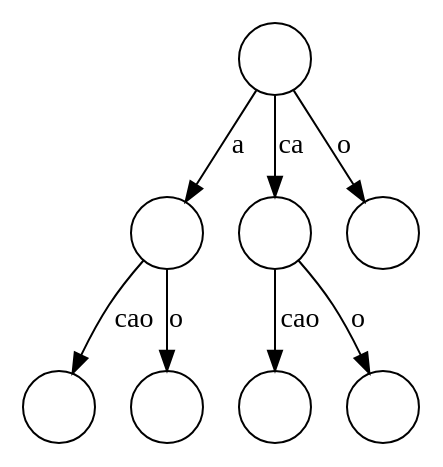
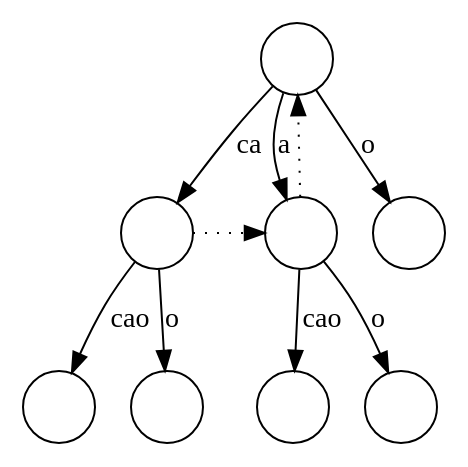
Before and after one commit to liuxinyu95/AlgoXY: the diagram in algo/datastruct/tree/suffix-tree/img/stree-cacao.dot, drawn with Graphviz. The commit also changed 6 other files, not shown here.

```diff
--- a/algo/datastruct/tree/suffix-tree/img/stree-cacao.dot
+++ b/algo/datastruct/tree/suffix-tree/img/stree-cacao.dot
@@ -1,18 +1,23 @@
 digraph G{
 	node[shape=circle]
 	t[label=""];
 	ta[label=""];
 	tacao[label=""];
 	ta->tacao[label="cao"]
 	tao[label=""];
 	ta->tao[label="o"]
 	t->ta[label="a"]
 	tca[label=""];
 	tcacao[label=""];
 	tca->tcacao[label="cao"]
 	tcao[label=""];
 	tca->tcao[label="o"]
 	t->tca[label="ca"]
 	to[label=""];
 	t->to[label="o"]
+	/*suffix links*/
+	tca->ta[style=dotted]
+	ta->t[style=dotted]
+	/*layout*/
+	{rank = same; tca; ta;}
 }
```
